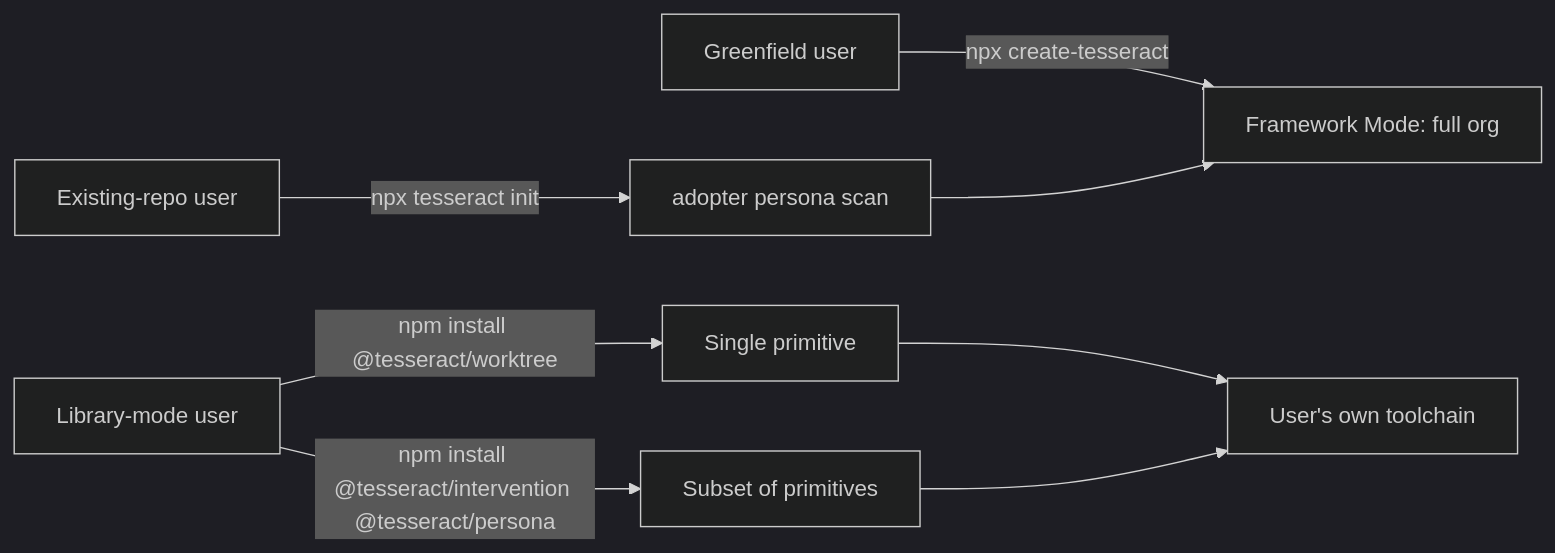
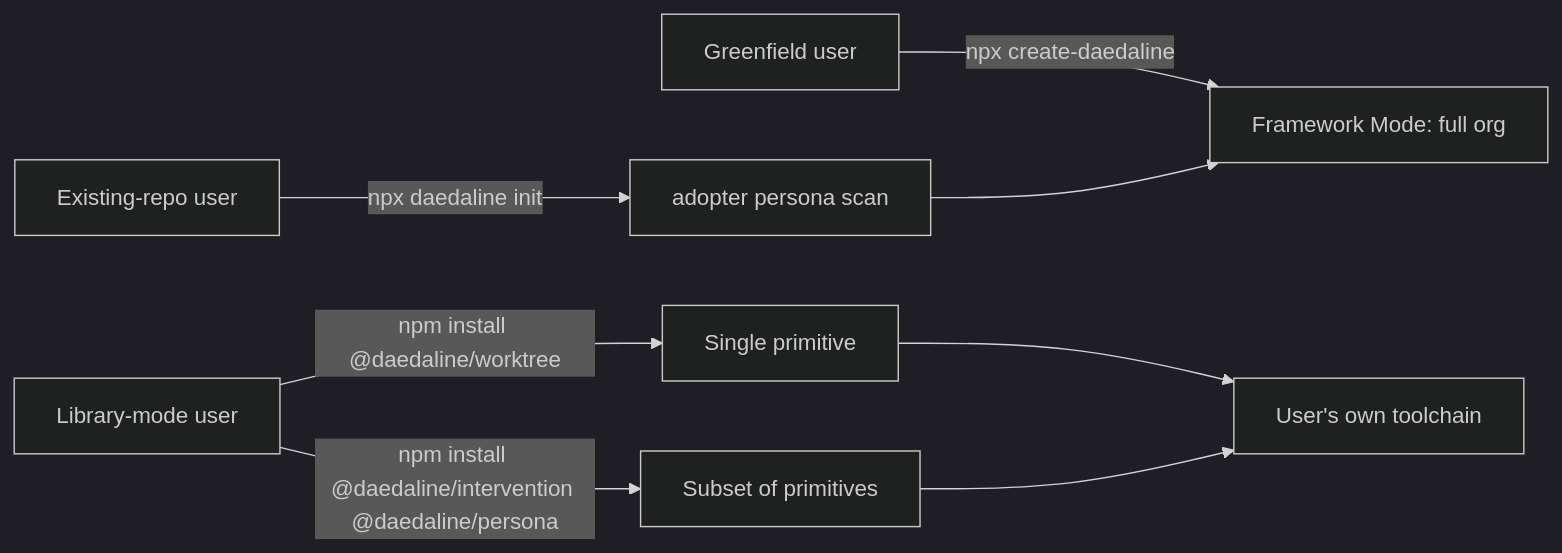
One commit to alenlukic/pancreator changed the second of 2 diagrams in docs/PRD.md. Above: the diagram before and after it, drawn with Mermaid (dark theme). The commit also changed other lines of this file and 1115 other files, not shown here.

````diff
--- a/docs/PRD.md
+++ b/docs/PRD.md
@@ -441,10 +441,10 @@
 ```mermaid
 flowchart LR
-    Greenfield[Greenfield user] -->|"npx create-tesseract"| Framework["Framework Mode: full org"]
-    Existing[Existing-repo user] -->|"npx tesseract init"| Adopter[adopter persona scan]
+    Greenfield[Greenfield user] -->|"npx create-daedaline"| Framework["Framework Mode: full org"]
+    Existing[Existing-repo user] -->|"npx daedaline init"| Adopter[adopter persona scan]
     Adopter --> Framework
-    Library[Library-mode user] -->|"npm install @tesseract/worktree"| Primitive[Single primitive]
-    Library -->|"npm install @tesseract/intervention @tesseract/persona"| Subset[Subset of primitives]
+    Library[Library-mode user] -->|"npm install @daedaline/worktree"| Primitive[Single primitive]
+    Library -->|"npm install @daedaline/intervention @daedaline/persona"| Subset[Subset of primitives]
     Primitive --> UserCode[User's own toolchain]
     Subset --> UserCode
 ```
````
